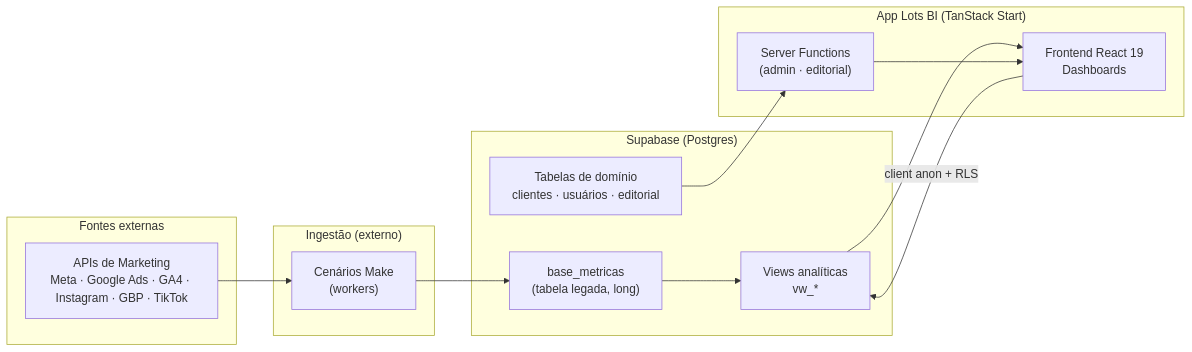
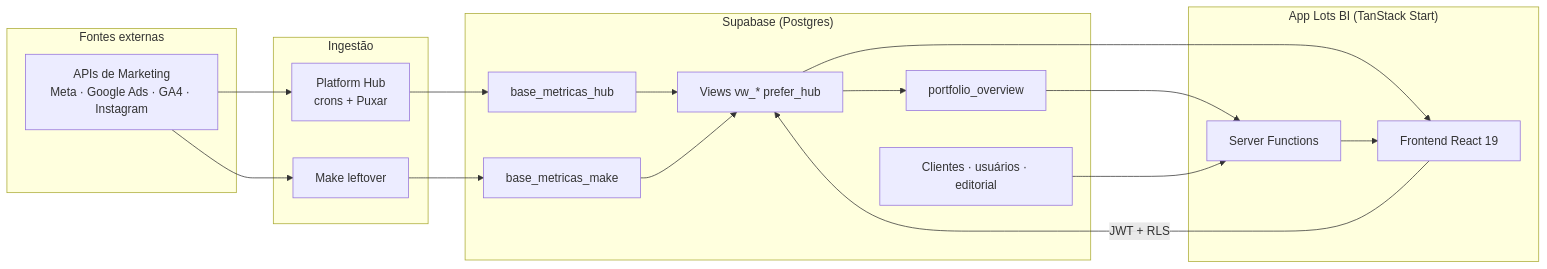
Before and after one commit to Lots-BI/supabase-magic-portal: the diagram in docs/README.md, drawn with Mermaid. The commit also changed other lines of this file and 57 other files, not shown here.

First line of the commit message:
fix: alinhar Resultados do Meta Ads ao Gerenciador e listar as métricas oficiais

````diff
--- a/docs/README.md
+++ b/docs/README.md
@@ -65,27 +68,33 @@
 ```mermaid
 flowchart LR
     subgraph Ext["Fontes externas"]
-        APIs["APIs de Marketing\nMeta · Google Ads · GA4 · Instagram · GBP · TikTok"]
+        APIs["APIs de Marketing\nMeta · Google Ads · GA4 · Instagram"]
     end
 
-    subgraph Pipe["Ingestão (externo)"]
-        Make["Cenários Make\n(workers)"]
+    subgraph Pipe["Ingestão"]
+        Hub["Platform Hub\ncrons + Puxar"]
+        Make["Make leftover"]
     end
 
     subgraph Supa["Supabase (Postgres)"]
-        BM["base_metricas\n(tabela legada, long)"]
-        Views["Views analíticas\nvw_*"]
-        Domain["Tabelas de domínio\nclientes · usuários · editorial"]
+        HUBT["base_metricas_hub"]
+        BM["base_metricas_make"]
+        Views["Views vw_* prefer_hub"]
+        RPC["portfolio_overview"]
+        Domain["Clientes · usuários · editorial"]
     end
 
     subgraph App["App Lots BI (TanStack Start)"]
-        SF["Server Functions\n(admin · editorial)"]
-        UI["Frontend React 19\nDashboards"]
+        SF["Server Functions"]
+        UI["Frontend React 19"]
     end
 
+    APIs --> Hub --> HUBT
     APIs --> Make --> BM
+    HUBT --> Views
     BM --> Views
     Views --> UI
-    Domain --> SF --> UI
-    UI -->|client anon + RLS| Views
+    Views --> RPC --> SF --> UI
+    Domain --> SF
+    UI -->|JWT + RLS| Views
 ```
````
